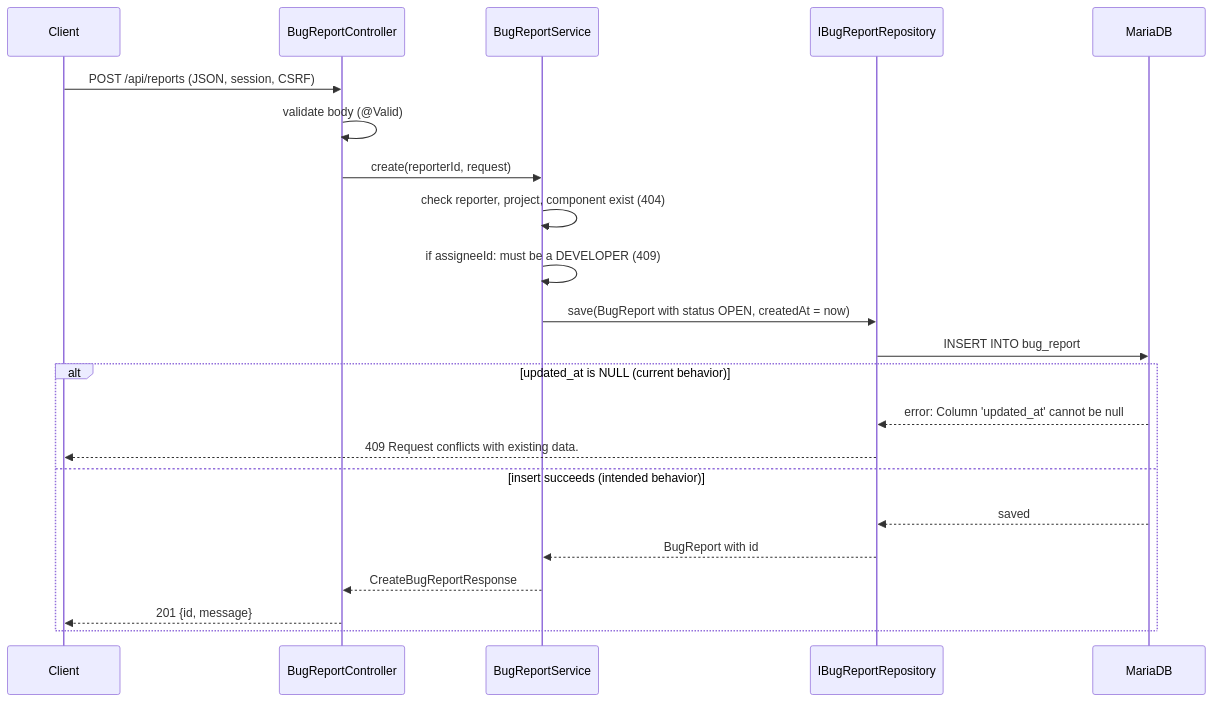
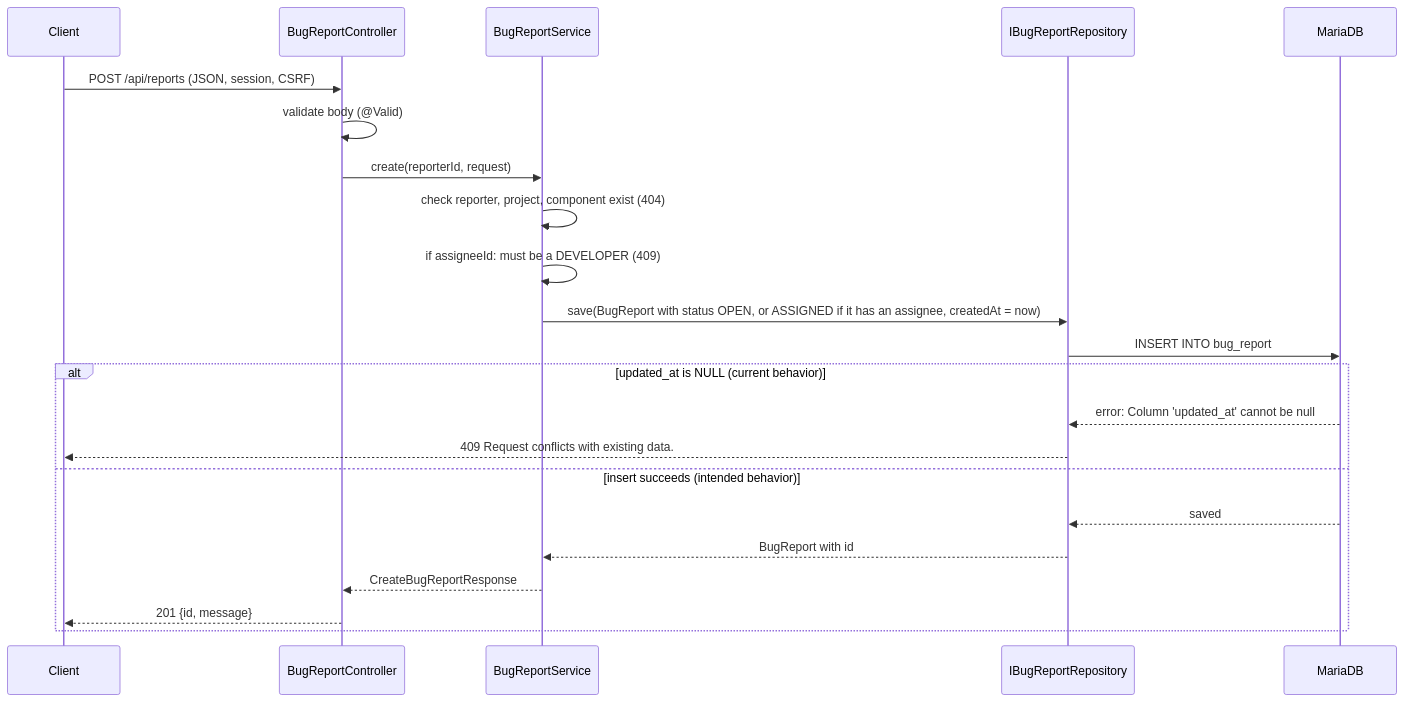
Before and after one commit to ramys2/bug-report-system: the second of 2 diagrams in docs/api-reference.md, drawn with Mermaid. The commit also changed other lines of this file and 8 other files, not shown here.

````diff
--- a/docs/api-reference.md
+++ b/docs/api-reference.md
@@ -223,25 +224,25 @@
 ```mermaid
 sequenceDiagram
     participant C as Client
     participant Ctl as BugReportController
     participant S as BugReportService
     participant R as IBugReportRepository
     participant D as MariaDB
 
     C->>Ctl: POST /api/reports (JSON, session, CSRF)
     Ctl->>Ctl: validate body (@Valid)
     Ctl->>S: create(reporterId, request)
     S->>S: check reporter, project, component exist (404)
     S->>S: if assigneeId: must be a DEVELOPER (409)
-    S->>R: save(BugReport with status OPEN, createdAt = now)
+    S->>R: save(BugReport with status OPEN, or ASSIGNED if it has an assignee, createdAt = now)
     R->>D: INSERT INTO bug_report
     alt updated_at is NULL (current behavior)
         D-->>R: error: Column 'updated_at' cannot be null
         R-->>C: 409 Request conflicts with existing data.
     else insert succeeds (intended behavior)
         D-->>R: saved
         R-->>S: BugReport with id
         S-->>Ctl: CreateBugReportResponse
         Ctl-->>C: 201 {id, message}
     end
 ```
````
